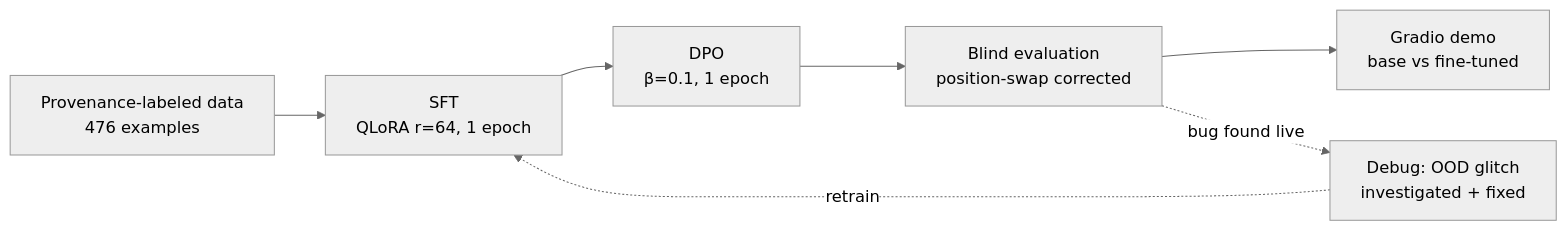
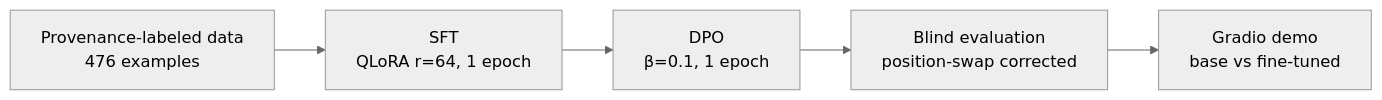
The diagram in README.md (oscarlin778/twscholar-lm), drawn with Mermaid (neutral theme) before and after one commit. The commit also changed other lines of this file, not shown here.

````diff
--- a/README.md
+++ b/README.md
@@ -39,9 +33,7 @@
 ```mermaid
 flowchart LR
     A[Provenance-labeled data\n476 examples] --> B[SFT\nQLoRA r=64, 1 epoch]
     B --> C[DPO\nβ=0.1, 1 epoch]
     C --> D[Blind evaluation\nposition-swap corrected]
     D --> E[Gradio demo\nbase vs fine-tuned]
-    D -.bug found live.-> F[Debug: OOD glitch\ninvestigated + fixed]
-    F -.retrain.-> B
 ```
````
